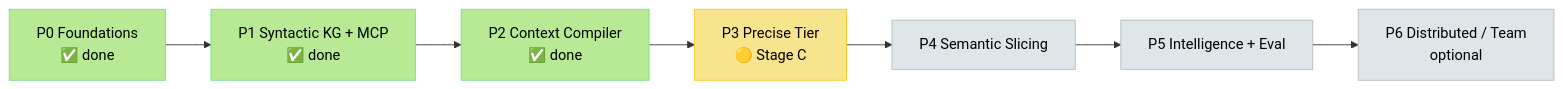
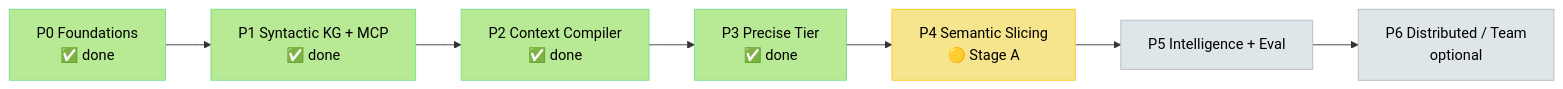
The first of 2 diagrams in docs/planning/TASKS-AND-PROGRESS.md (Md-Jazbee/prism), drawn with Mermaid before and after one commit. The commit also changed other lines of this file and 15 other files, not shown here.

First line of the commit message:
Complete Phase 3 Stage C and pass the precise-tier gate.

````diff
--- a/docs/planning/TASKS-AND-PROGRESS.md
+++ b/docs/planning/TASKS-AND-PROGRESS.md
@@ -26,17 +26,17 @@
 ```mermaid
 flowchart LR
     P0[P0 Foundations<br/>✅ done] --> P1[P1 Syntactic KG + MCP<br/>✅ done]
     P1 --> P2[P2 Context Compiler<br/>✅ done]
-    P2 --> P3[P3 Precise Tier<br/>🟡 Stage C]
-    P3 --> P4[P4 Semantic Slicing]
+    P2 --> P3[P3 Precise Tier<br/>✅ done]
+    P3 --> P4[P4 Semantic Slicing<br/>🟡 Stage A]
     P4 --> P5[P5 Intelligence + Eval]
     P5 --> P6[P6 Distributed / Team<br/>optional]
 
     style P0 fill:#b8e994,stroke:#78e08f,color:#000
     style P1 fill:#b8e994,stroke:#78e08f,color:#000
     style P2 fill:#b8e994,stroke:#78e08f,color:#000
-    style P3 fill:#f6e58d,stroke:#f9ca24,color:#000
-    style P4 fill:#dfe6e9,stroke:#b2bec3,color:#000
+    style P3 fill:#b8e994,stroke:#78e08f,color:#000
+    style P4 fill:#f6e58d,stroke:#f9ca24,color:#000
     style P5 fill:#dfe6e9,stroke:#b2bec3,color:#000
     style P6 fill:#dfe6e9,stroke:#b2bec3,color:#000
 ```
````
